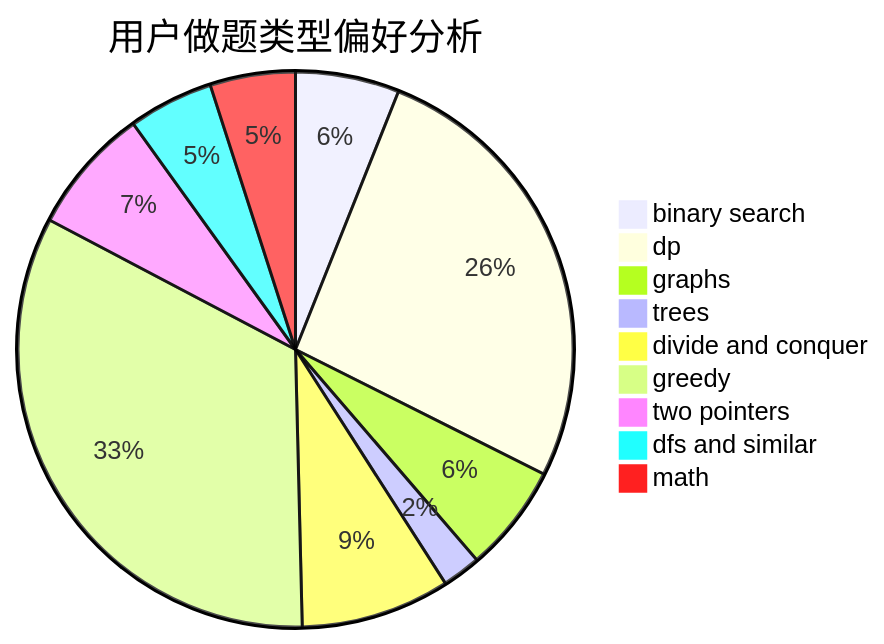
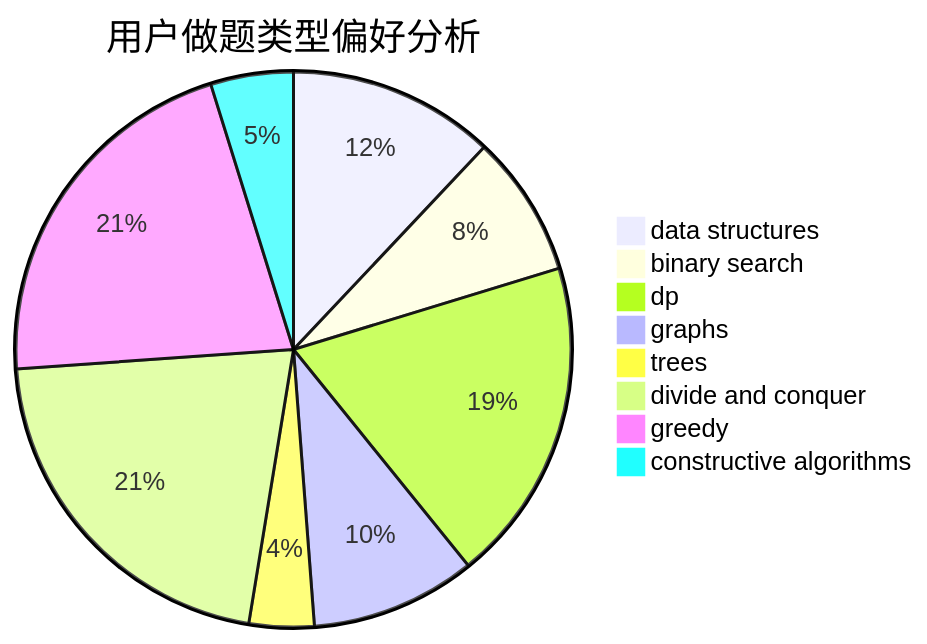
The second of 3 diagrams in docs/user/u1248.md (sherpahu/cfrs.github.io), drawn with Mermaid before and after one commit. The commit also changed other lines of this file and 2775 other files, not shown here.

````diff
--- a/docs/user/u1248.md
+++ b/docs/user/u1248.md
@@ -23,12 +23,11 @@
 ```mermaid
 pie title 用户做题类型偏好分析
-    "binary search" :  78
-    "dp" :  340
-    "graphs" :  81
-    "trees" :  29
-    "divide and conquer" :  112
-    "greedy" :  427
-    "two pointers" :  95
-    "dfs and similar" :  64
-    "math" :  64
+    "data structures" :  35
+    "binary search" :  24
+    "dp" :  55
+    "graphs" :  28
+    "trees" :  11
+    "divide and conquer" :  62
+    "greedy" :  62
+    "constructive algorithms" :  14
 ```
````
